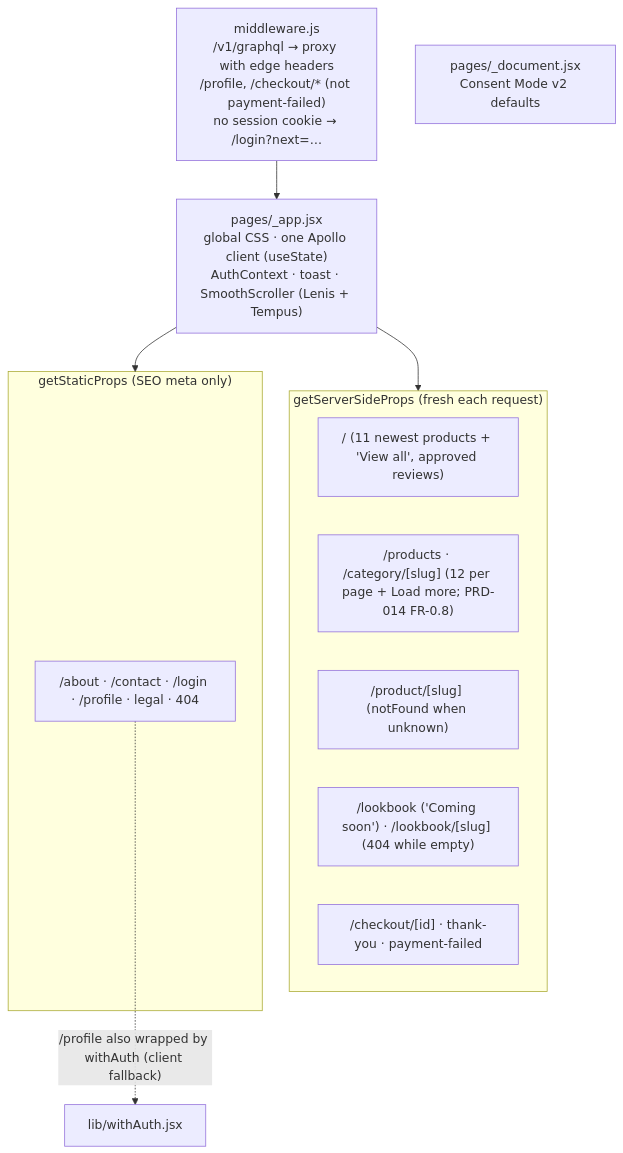
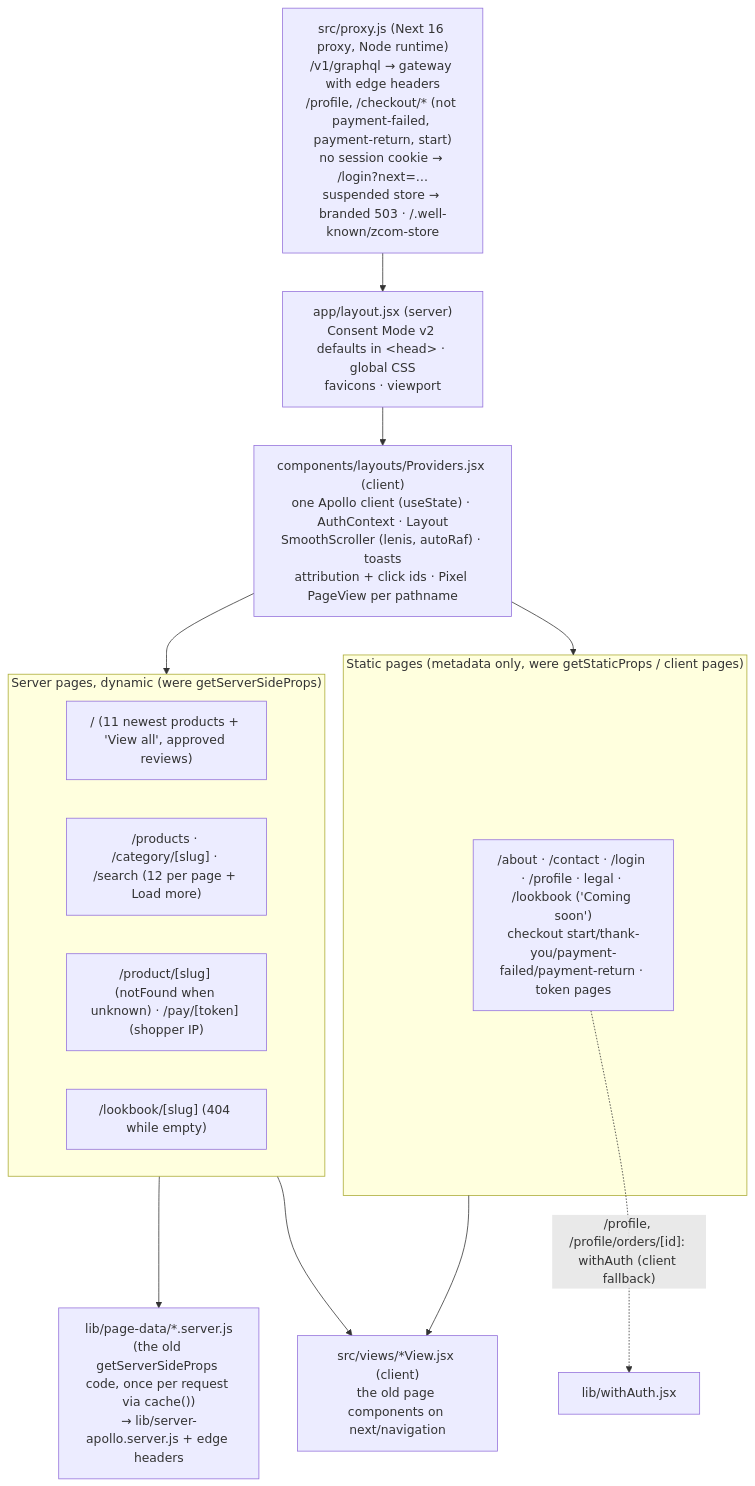
Before and after one commit to Zerror-Studios/deveshe: the second of 6 diagrams in docs/architecture/solution-architecture.md, drawn with Mermaid. The commit also changed other lines of this file and 139 other files, not shown here.

First line of the commit message:
feat(storefront): move Deveshe Dreams to the App Router on Next 16 (ADR-001, kit PRD-002 step 4)

````diff
--- a/docs/architecture/solution-architecture.md
+++ b/docs/architecture/solution-architecture.md
@@ -27,19 +29,22 @@
 ```mermaid
 flowchart TB
-    MW["middleware.js<br/>/v1/graphql → proxy with edge headers<br/>/profile, /checkout/* (not payment-failed)<br/>no session cookie → /login?next=…"]
-    APP["pages/_app.jsx<br/>global CSS · one Apollo client (useState)<br/>AuthContext · toast · SmoothScroller (Lenis + Tempus)"]
-    DOC["pages/_document.jsx<br/>Consent Mode v2 defaults"]
-    subgraph SSR["getServerSideProps (fresh each request)"]
+    PX["src/proxy.js (Next 16 proxy, Node runtime)<br/>/v1/graphql → gateway with edge headers<br/>/profile, /checkout/* (not payment-failed, payment-return, start)<br/>no session cookie → /login?next=…<br/>suspended store → branded 503 · /.well-known/zcom-store"]
+    LAYOUT["app/layout.jsx (server)<br/>Consent Mode v2 defaults in &lt;head&gt; · global CSS<br/>favicons · viewport"]
+    PROV["components/layouts/Providers.jsx (client)<br/>one Apollo client (useState) · AuthContext · Layout<br/>SmoothScroller (lenis, autoRaf) · toasts<br/>attribution + click ids · Pixel PageView per pathname"]
+    subgraph DYN["Server pages, dynamic (were getServerSideProps)"]
         IDX["/ (11 newest products + 'View all', approved reviews)"]
-        PL["/products · /category/[slug] (12 per page + Load more; PRD-014 FR-0.8)"]
-        PD["/product/[slug] (notFound when unknown)"]
-        LB["/lookbook ('Coming soon') · /lookbook/[slug] (404 while empty)"]
-        CO["/checkout/[id] · thank-you · payment-failed"]
+        PL["/products · /category/[slug] · /search (12 per page + Load more)"]
+        PD["/product/[slug] (notFound when unknown) · /pay/[token] (shopper IP)"]
+        LBS["/lookbook/[slug] (404 while empty)"]
     end
-    subgraph SSG["getStaticProps (SEO meta only)"]
-        ST["/about · /contact · /login · /profile · legal · 404"]
+    subgraph STATIC["Static pages (metadata only, were getStaticProps / client pages)"]
+        ST["/about · /contact · /login · /profile · legal · /lookbook ('Coming soon')<br/>checkout start/thank-you/payment-failed/payment-return · token pages"]
     end
-    MW --> APP
-    APP --> SSR & SSG
-    ST -. "/profile also wrapped by withAuth (client fallback)" .-> WA["lib/withAuth.jsx"]
+    LOAD["lib/page-data/*.server.js<br/>(the old getServerSideProps code, once per request via cache())<br/>→ lib/server-apollo.server.js + edge headers"]
+    VIEWS["src/views/*View.jsx (client)<br/>the old page components on next/navigation"]
+    PX --> LAYOUT --> PROV
+    PROV --> DYN & STATIC
+    DYN --> LOAD
+    DYN & STATIC --> VIEWS
+    ST -. "/profile, /profile/orders/[id]: withAuth (client fallback)" .-> WA["lib/withAuth.jsx"]
 ```
````
